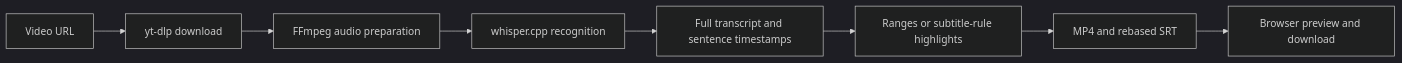
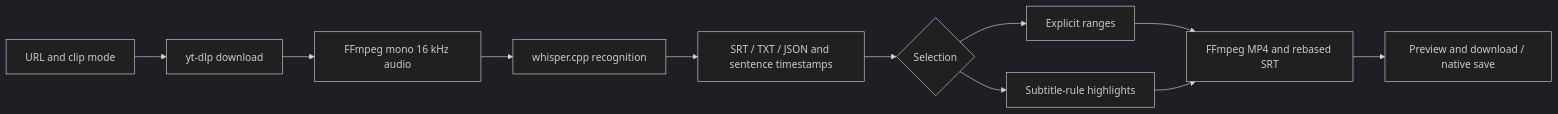
One commit to Nyaruverse/nyaru-clipper changed the diagram in docs/project-handoff.md. Above: the diagram before and after it, drawn with Mermaid (dark theme). The commit also changed other lines of this file and 17 other files, not shown here.

````diff
--- a/docs/project-handoff.md
+++ b/docs/project-handoff.md
@@ -27,10 +82,13 @@
 ```mermaid
 flowchart LR
-    U[Video URL] --> D[yt-dlp download]
-    D --> A[FFmpeg audio preparation]
+    U[URL and clip mode] --> D[yt-dlp download]
+    D --> A[FFmpeg mono 16 kHz audio]
     A --> W[whisper.cpp recognition]
-    W --> T[Full transcript and sentence timestamps]
-    T --> R[Ranges or subtitle-rule highlights]
-    R --> E[MP4 and rebased SRT]
-    E --> P[Browser preview and download]
+    W --> T[SRT / TXT / JSON and sentence timestamps]
+    T --> S{Selection}
+    S --> R[Explicit ranges]
+    S --> H[Subtitle-rule highlights]
+    R --> E[FFmpeg MP4 and rebased SRT]
+    H --> E
+    E --> P[Preview and download / native save]
 ```
````
